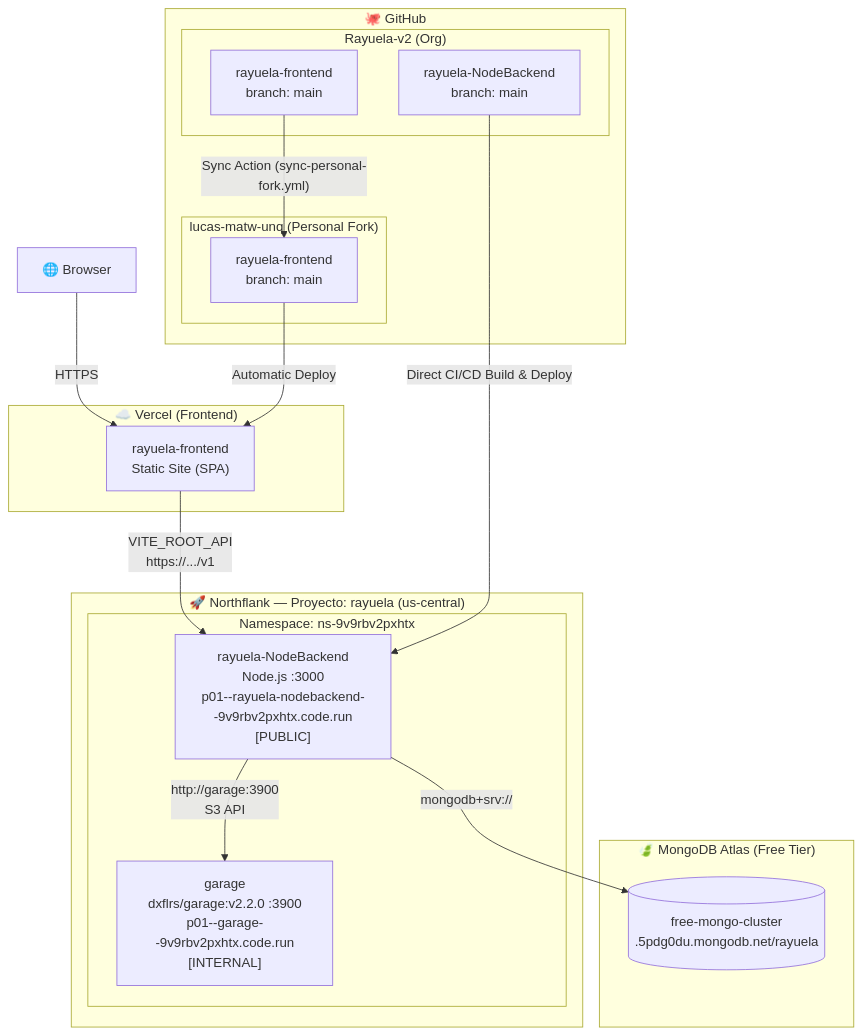
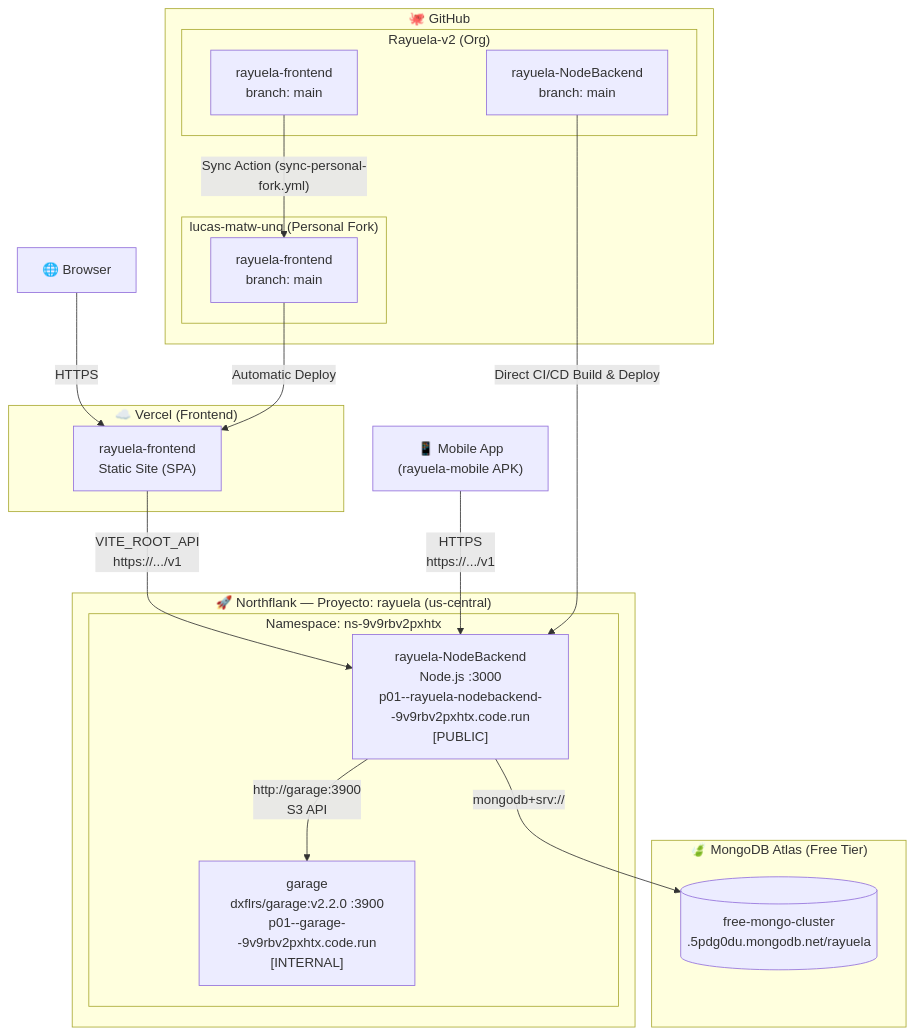
The diagram in docs/deployment.md (Rayuela-v2/rayuela-NodeBackend), drawn with Mermaid before and after one commit. The commit also changed other lines of this file, not shown here.

Commit message:
docs: add mobile APK connection to deployment diagram and section

````diff
--- a/docs/deployment.md
+++ b/docs/deployment.md
@@ -7,38 +7,40 @@
 ```mermaid
 flowchart TB
     Browser["🌐 Browser"]
+    MobileApp["📱 Mobile App\n(rayuela-mobile APK)"]
 
     subgraph Vercel["☁️ Vercel (Frontend)"]
         VFE["rayuela-frontend\nStatic Site (SPA)"]
     end
 
     subgraph Atlas["🍃 MongoDB Atlas (Free Tier)"]
         DB[("free-mongo-cluster\n.5pdg0du.mongodb.net/rayuela")]
     end
 
     subgraph Northflank["🚀 Northflank — Proyecto: rayuela (us-central)"]
         subgraph ns["Namespace: ns-9v9rbv2pxhtx"]
             BE["rayuela-NodeBackend\nNode.js :3000\np01--rayuela-nodebackend--9v9rbv2pxhtx.code.run\n[PUBLIC]"]
             GR["garage\ndxflrs/garage:v2.2.0 :3900\np01--garage--9v9rbv2pxhtx.code.run\n[INTERNAL]"]
         end
     end
 
     subgraph GitHub["🐙 GitHub"]
         subgraph Org["Rayuela-v2 (Org)"]
             REPO_BE["rayuela-NodeBackend\nbranch: main"]
             REPO_FE_ORG["rayuela-frontend\nbranch: main"]
         end
         subgraph Pers["lucas-matw-unq (Personal Fork)"]
             REPO_FE_PERS["rayuela-frontend\nbranch: main"]
         end
     end
 
     Browser -->|"HTTPS"| VFE
     VFE -->|"VITE_ROOT_API\nhttps://.../v1"| BE
+    MobileApp -->|"HTTPS\nhttps://.../v1"| BE
     BE -->|"mongodb+srv://"| DB
     BE -->|"http://garage:3900\nS3 API"| GR
 
     REPO_BE -->|"Direct CI/CD Build & Deploy"| BE
     REPO_FE_ORG -->|"Sync Action (sync-personal-fork.yml)"| REPO_FE_PERS
     REPO_FE_PERS -->|"Automatic Deploy"| VFE
 ```
````
